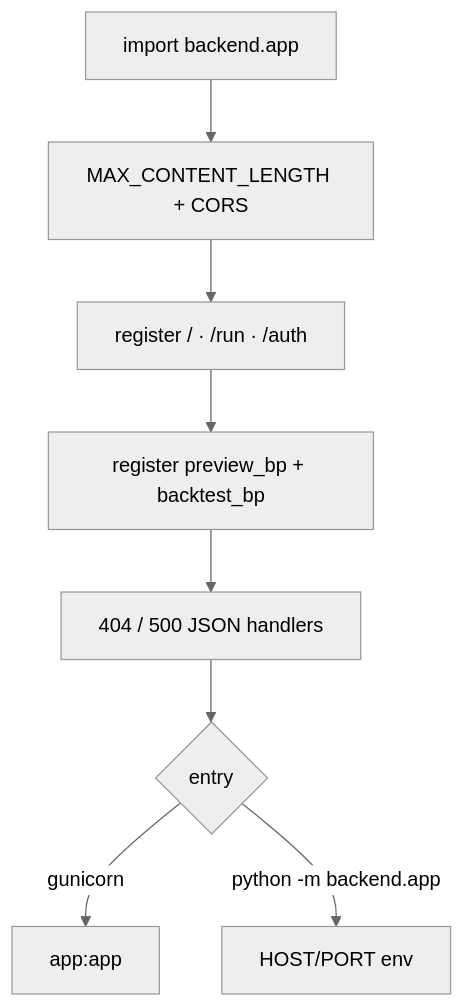
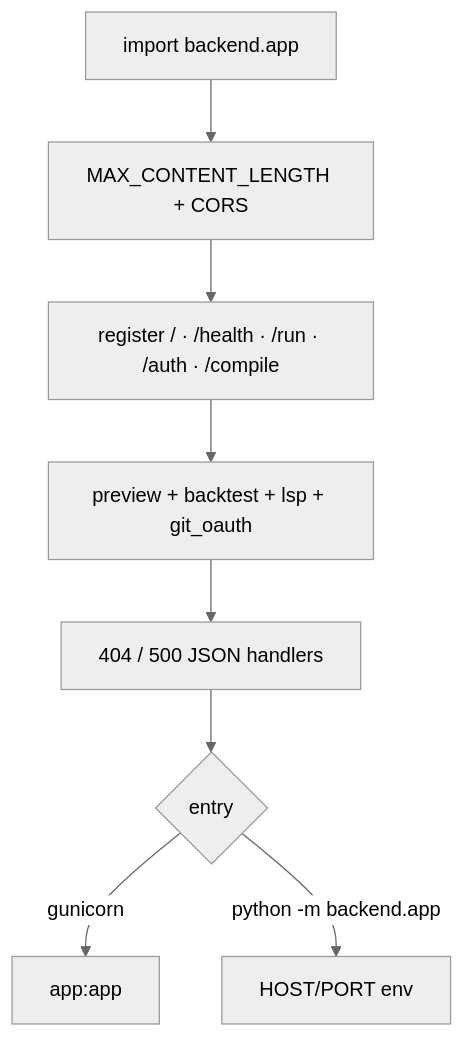
One commit to hoox-sh/pyne changed the diagram in docs/pyne/api/app-lifecycle.mdx. Above: the diagram before and after it, drawn with Mermaid (neutral theme). The commit also changed other lines of this file and 101 other files, not shown here.

````diff
--- a/docs/pyne/api/app-lifecycle.mdx
+++ b/docs/pyne/api/app-lifecycle.mdx
@@ -33,10 +33,10 @@
 ```mermaid
 flowchart TB
   BOOT[import backend.app] --> CFG[MAX_CONTENT_LENGTH + CORS]
-  CFG --> ROUTES[register / · /run · /auth]
-  ROUTES --> BP[register preview_bp + backtest_bp]
+  CFG --> ROUTES[register / · /health · /run · /auth · /compile]
+  ROUTES --> BP[preview + backtest + lsp + git_oauth]
   BP --> ERR[404 / 500 JSON handlers]
   ERR --> SERVE{entry}
   SERVE -->|gunicorn| WSGI[app:app]
   SERVE -->|python -m backend.app| DEV[HOST/PORT env]
 ```
````
